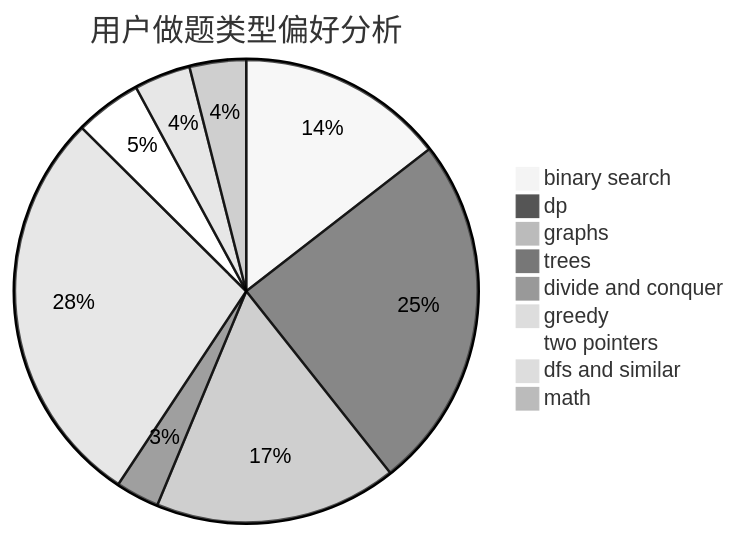
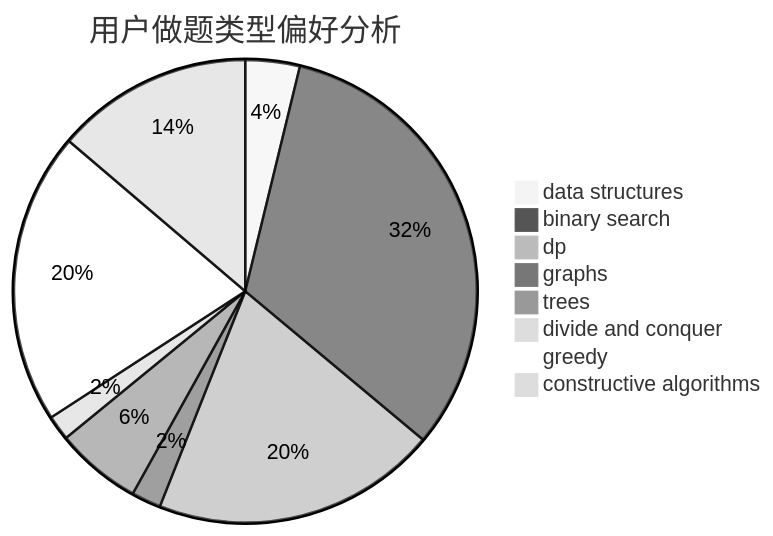
Before and after one commit to sherpahu/cfrs.github.io: the second of 3 diagrams in docs/user/u2090.md, drawn with Mermaid (neutral theme). The commit also changed other lines of this file and 2775 other files, not shown here.

````diff
--- a/docs/user/u2090.md
+++ b/docs/user/u2090.md
@@ -23,12 +23,11 @@
 ```mermaid
 pie title 用户做题类型偏好分析
-    "binary search" :  224
-    "dp" :  384
-    "graphs" :  262
-    "trees" :  47
+    "data structures" :  24
+    "binary search" :  204
+    "dp" :  126
+    "graphs" :  13
+    "trees" :  38
     "divide and conquer" :  11
-    "greedy" :  435
-    "two pointers" :  72
-    "dfs and similar" :  61
-    "math" :  61
+    "greedy" :  129
+    "constructive algorithms" :  87
 ```
````
